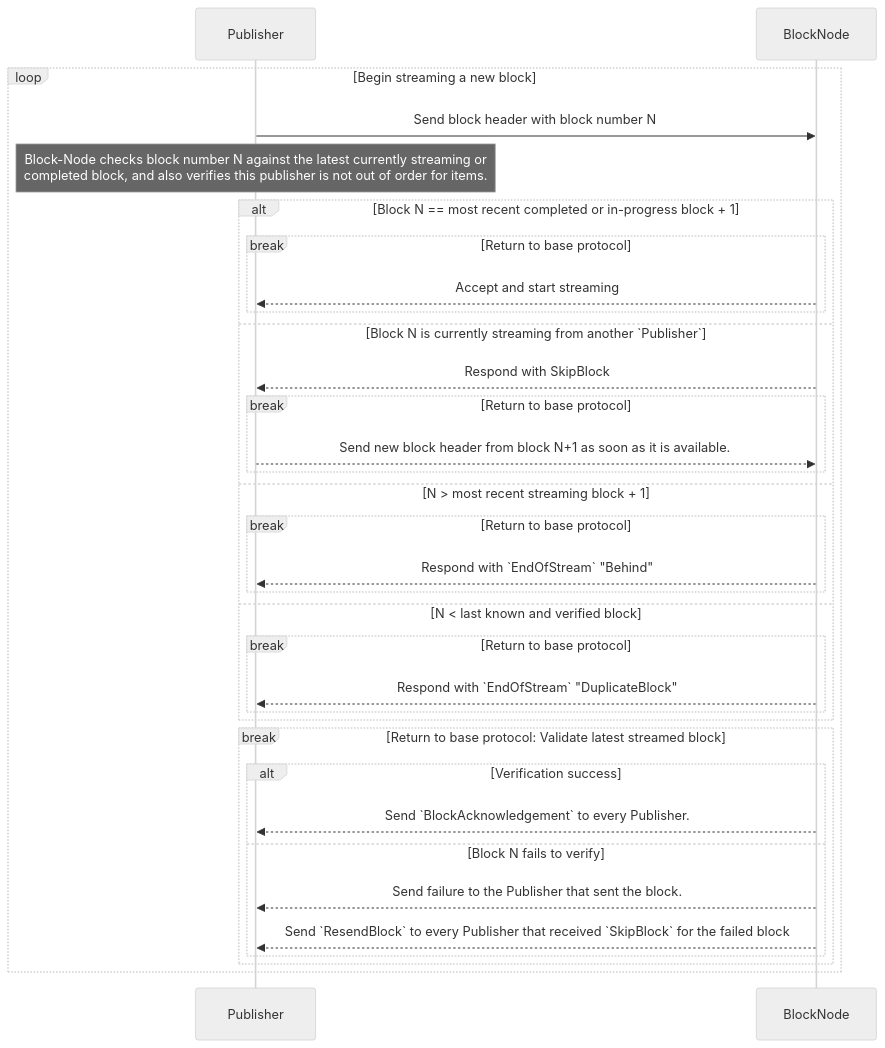
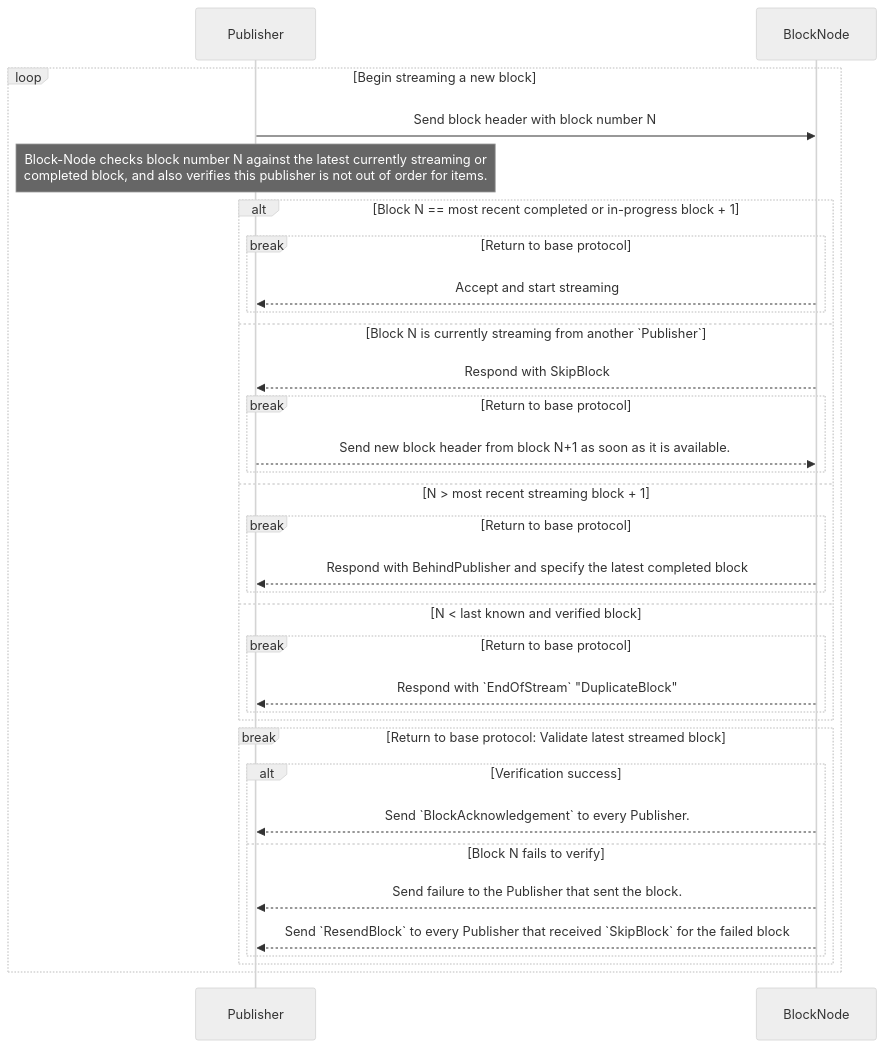
The second of 4 diagrams in docs/design/communication-protocol/publish-block-stream.md (hiero-ledger/hiero-block-node), drawn with Mermaid (neutral theme) before and after one commit. The commit also changed other lines of this file and 12 other files, not shown here.

````diff
--- a/docs/design/communication-protocol/publish-block-stream.md
+++ b/docs/design/communication-protocol/publish-block-stream.md
@@ -275,35 +275,35 @@
 ```mermaid
 sequenceDiagram
   participant Publisher as Publisher
   participant BlockNode as BlockNode
   loop Begin streaming a new block
     Publisher ->> BlockNode: Send block header with block number N
     note over Publisher: Block-Node checks block number N against the latest currently streaming or<br/>completed block, and also verifies this publisher is not out of order for items.
     alt Block N == most recent completed or in-progress block + 1
       break Return to base protocol
         BlockNode -->> Publisher: Accept and start streaming
       end
     else Block N is currently streaming from another `Publisher`
       BlockNode -->> Publisher: Respond with SkipBlock
       break Return to base protocol
         Publisher -->> BlockNode: Send new block header from block N+1 as soon as it is available.
       end
     else N > most recent streaming block + 1
       break Return to base protocol
-        BlockNode -->> Publisher: Respond with `EndOfStream` "Behind"
+        BlockNode -->> Publisher: Respond with BehindPublisher and specify the latest completed block
       end
     else N < last known and verified block
       break Return to base protocol
         BlockNode -->> Publisher: Respond with `EndOfStream` "DuplicateBlock"
       end
     end
     break Return to base protocol: Validate latest streamed block
       alt Verification success
         BlockNode -->> Publisher: Send `BlockAcknowledgement` to every Publisher.
       else Block N fails to verify
         BlockNode -->> Publisher: Send failure to the Publisher that sent the block.
         BlockNode -->> Publisher: Send `ResendBlock` to every Publisher that received `SkipBlock` for the failed block
       end
     end
   end
 ```
````
